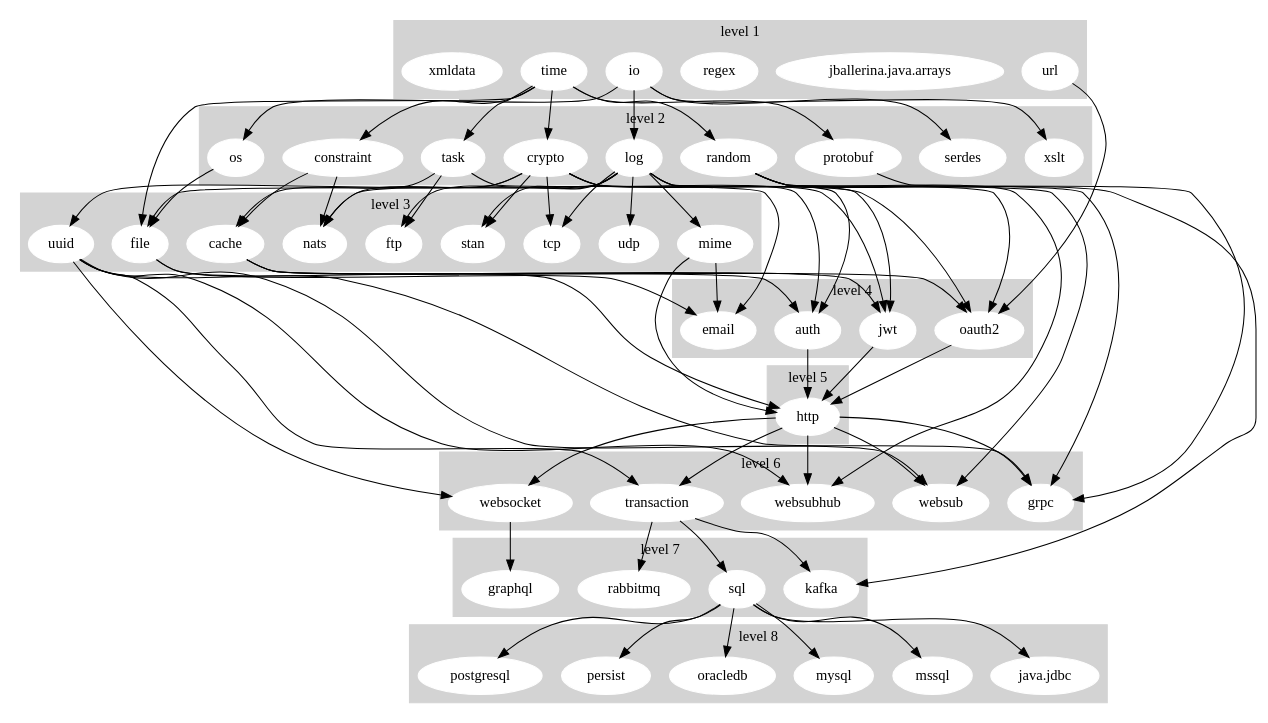
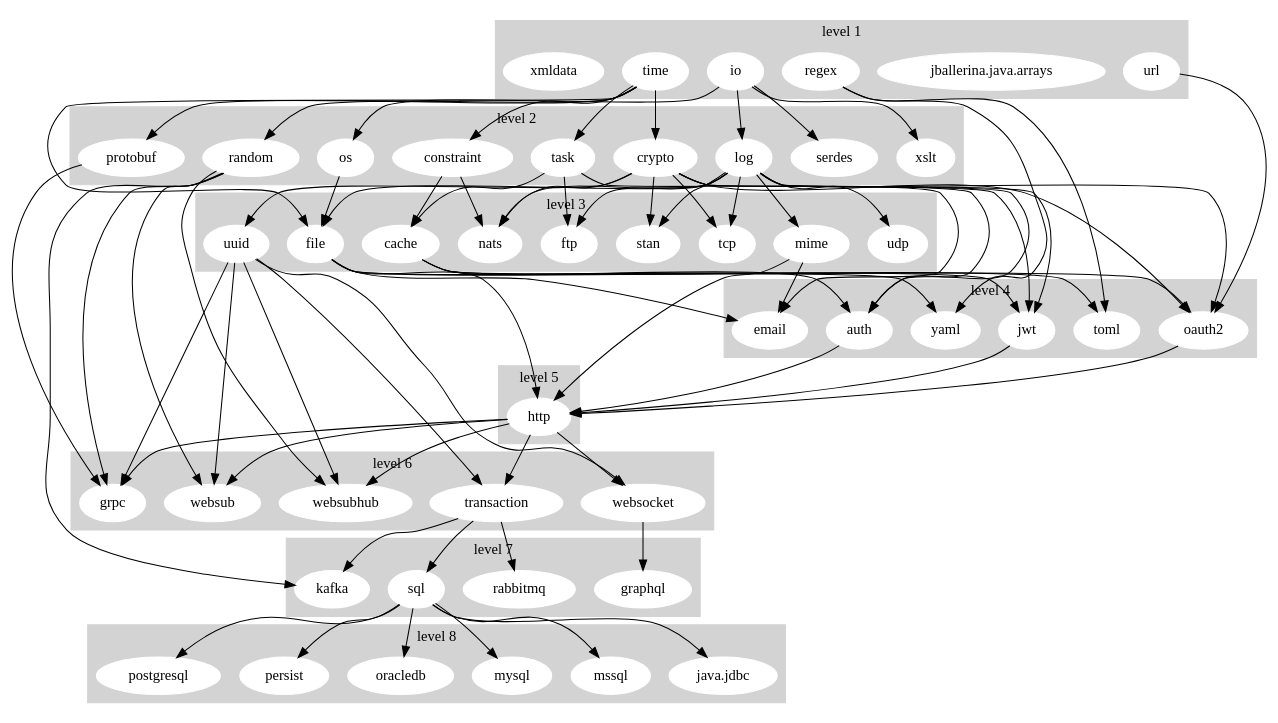
The diagram in dashboard/stdlib_graph.gv (ballerina-platform/ballerina-release), drawn with Graphviz before and after one commit.

Commit message:
[Automated] Update Stdlib Dependency Graph

```diff
--- a/dashboard/stdlib_graph.gv
+++ b/dashboard/stdlib_graph.gv
@@ -1,155 +1,161 @@
 digraph "Stdlib Dependency Graph" {
 	subgraph cluster_1 {
 		node [color=white style=filled]
 		color=lightgrey style=filled
 		io
 		"jballerina.java.arrays"
 		regex
 		time
 		url
 		xmldata
 		label="level 1"
 	}
 	subgraph cluster_2 {
 		node [color=white style=filled]
 		color=lightgrey style=filled
 		constraint
 		crypto
 		log
 		os
 		protobuf
 		random
 		serdes
 		task
 		xslt
 		label="level 2"
 	}
 	subgraph cluster_3 {
 		node [color=white style=filled]
 		color=lightgrey style=filled
 		cache
 		file
 		ftp
 		mime
 		nats
 		stan
 		tcp
 		udp
 		uuid
 		label="level 3"
 	}
 	subgraph cluster_4 {
 		node [color=white style=filled]
 		color=lightgrey style=filled
 		auth
 		email
 		jwt
 		oauth2
+		toml
+		yaml
 		label="level 4"
 	}
 	subgraph cluster_5 {
 		node [color=white style=filled]
 		color=lightgrey style=filled
 		http
 		label="level 5"
 	}
 	subgraph cluster_6 {
 		node [color=white style=filled]
 		color=lightgrey style=filled
 		grpc
 		transaction
 		websocket
 		websub
 		websubhub
 		label="level 6"
 	}
 	subgraph cluster_7 {
 		node [color=white style=filled]
 		color=lightgrey style=filled
 		graphql
 		kafka
 		rabbitmq
 		sql
 		label="level 7"
 	}
 	subgraph cluster_8 {
 		node [color=white style=filled]
 		color=lightgrey style=filled
 		"java.jdbc"
 		mssql
 		mysql
 		oracledb
 		persist
 		postgresql
 		label="level 8"
 	}
 	io -> log
 	io -> os
 	io -> serdes
 	io -> xslt
+	regex -> toml
+	regex -> yaml
 	time -> constraint
 	time -> crypto
 	time -> file
 	time -> protobuf
 	time -> random
 	time -> task
 	url -> oauth2
 	constraint -> cache
 	constraint -> nats
 	crypto -> auth
 	crypto -> jwt
 	crypto -> nats
 	crypto -> oauth2
 	crypto -> stan
 	crypto -> tcp
 	crypto -> uuid
 	log -> auth
 	log -> file
 	log -> ftp
 	log -> jwt
 	log -> mime
 	log -> nats
 	log -> oauth2
 	log -> stan
 	log -> tcp
 	log -> udp
 	os -> file
 	protobuf -> grpc
 	random -> grpc
 	random -> kafka
 	random -> websub
 	random -> websubhub
 	task -> cache
 	task -> email
 	task -> ftp
 	cache -> auth
 	cache -> jwt
 	cache -> oauth2
 	file -> email
 	file -> http
+	file -> toml
+	file -> yaml
 	mime -> email
 	mime -> http
 	uuid -> grpc
 	uuid -> transaction
 	uuid -> websocket
 	uuid -> websub
 	uuid -> websubhub
 	auth -> http
 	jwt -> http
 	oauth2 -> http
 	http -> grpc
 	http -> transaction
 	http -> websocket
 	http -> websub
 	http -> websubhub
 	transaction -> kafka
 	transaction -> rabbitmq
 	transaction -> sql
 	websocket -> graphql
 	sql -> "java.jdbc"
 	sql -> mssql
 	sql -> mysql
 	sql -> oracledb
 	sql -> persist
 	sql -> postgresql
 }
```
